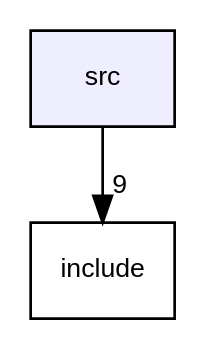
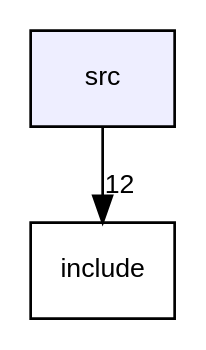
One commit to claudiocsjunior/laboratorio3 changed the diagram in questao3/doc/dir_68267d1309a1af8e8297ef4c3efbcdba_dep.dot. Above: the diagram before and after it, drawn with Graphviz. The commit also changed 62 other files, not shown here.

```diff
--- a/questao3/doc/dir_68267d1309a1af8e8297ef4c3efbcdba_dep.dot
+++ b/questao3/doc/dir_68267d1309a1af8e8297ef4c3efbcdba_dep.dot
@@ -1,8 +1,8 @@
 digraph "src" {
   compound=true
   node [ fontsize="10", fontname="Helvetica"];
   edge [ labelfontsize="10", labelfontname="Helvetica"];
   dir_68267d1309a1af8e8297ef4c3efbcdba [shape=box, label="src", style="filled", fillcolor="#eeeeff", pencolor="black", URL="dir_68267d1309a1af8e8297ef4c3efbcdba.html"];
   dir_d44c64559bbebec7f509842c48db8b23 [shape=box label="include" URL="dir_d44c64559bbebec7f509842c48db8b23.html"];
-  dir_68267d1309a1af8e8297ef4c3efbcdba->dir_d44c64559bbebec7f509842c48db8b23 [headlabel="9", labeldistance=1.5 headhref="dir_000001_000000.html"];
+  dir_68267d1309a1af8e8297ef4c3efbcdba->dir_d44c64559bbebec7f509842c48db8b23 [headlabel="12", labeldistance=1.5 headhref="dir_000003_000002.html"];
 }
```
